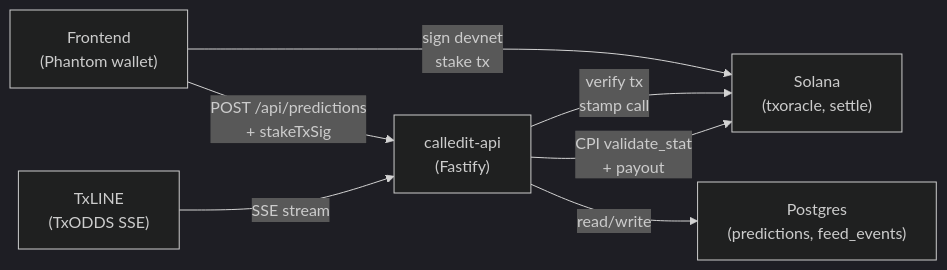
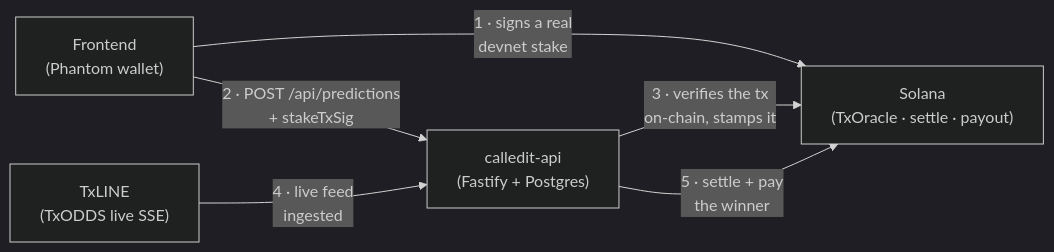
One commit to emersonjds/calledit-api changed the diagram in README.md. Above: the diagram before and after it, drawn with Mermaid (dark theme). The commit also changed other lines of this file, not shown here.

````diff
--- a/README.md
+++ b/README.md
@@ -49,15 +52,13 @@
 ```mermaid
 flowchart LR
   FE["Frontend<br/>(Phantom wallet)"]
-  API["calledit-api<br/>(Fastify)"]
-  DB["Postgres<br/>(predictions, feed_events)"]
-  FEED["TxLINE<br/>(TxODDS SSE)"]
-  SOL["Solana<br/>(txoracle, settle)"]
+  API["calledit-api<br/>(Fastify + Postgres)"]
+  FEED["TxLINE<br/>(TxODDS live SSE)"]
+  SOL["Solana<br/>(TxOracle · settle · payout)"]
 
-  FE -->|sign devnet<br/>stake tx| SOL
-  FE -->|POST /api/predictions<br/>+ stakeTxSig| API
-  API -->|verify tx<br/>stamp call| SOL
-  API -->|read/write| DB
-  FEED -->|SSE stream| API
-  API -->|CPI validate_stat<br/>+ payout| SOL
+  FE -->|1 · signs a real<br/>devnet stake| SOL
+  FE -->|2 · POST /api/predictions<br/>+ stakeTxSig| API
+  API -->|3 · verifies the tx<br/>on-chain, stamps it| SOL
+  FEED -->|4 · live feed<br/>ingested| API
+  API -->|5 · settle + pay<br/>the winner| SOL
 ```
````
